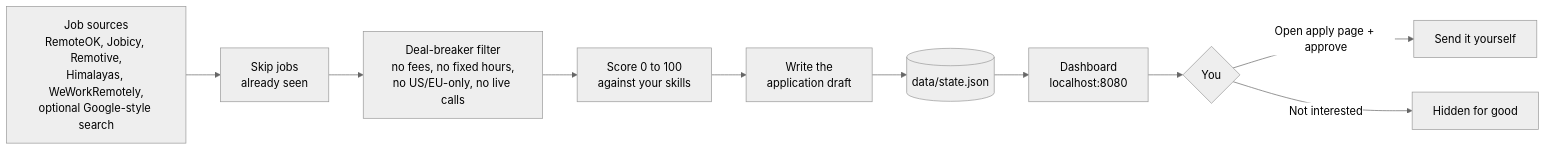
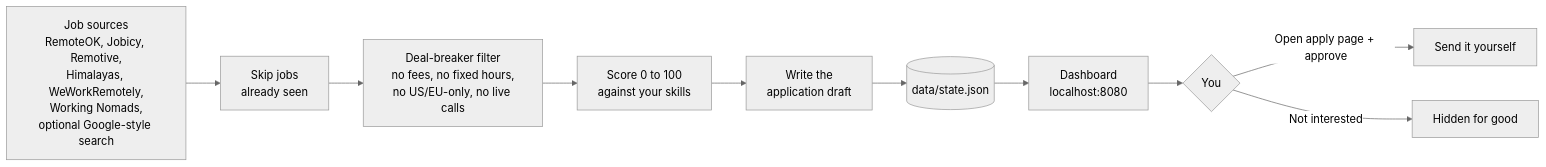
The first of 2 diagrams in README.md (4445392/remote-job-hunter), drawn with Mermaid (neutral theme) before and after one commit. The commit also changed 4 other files, not shown here.

Commit message:
Add Working Nomads feed (twice a day, real-response test fixture); 306 tests passing

````diff
--- a/README.md
+++ b/README.md
@@ -13,12 +13,12 @@
 ```mermaid
 flowchart LR
-    A[Job sources<br/>RemoteOK, Jobicy, Remotive,<br/>Himalayas, WeWorkRemotely,<br/>optional Google-style search] --> B[Skip jobs<br/>already seen]
+    A[Job sources<br/>RemoteOK, Jobicy, Remotive,<br/>Himalayas, WeWorkRemotely,<br/>Working Nomads,<br/>optional Google-style search] --> B[Skip jobs<br/>already seen]
     B --> C[Deal-breaker filter<br/>no fees, no fixed hours,<br/>no US/EU-only, no live calls]
     C --> D[Score 0 to 100<br/>against your skills]
     D --> E[Write the<br/>application draft]
     E --> F[(data/state.json)]
     F --> G[Dashboard<br/>localhost:8080]
     G --> H{You}
     H -->|Open apply page + approve| I[Send it yourself]
     H -->|Not interested| J[Hidden for good]
 ```
````
